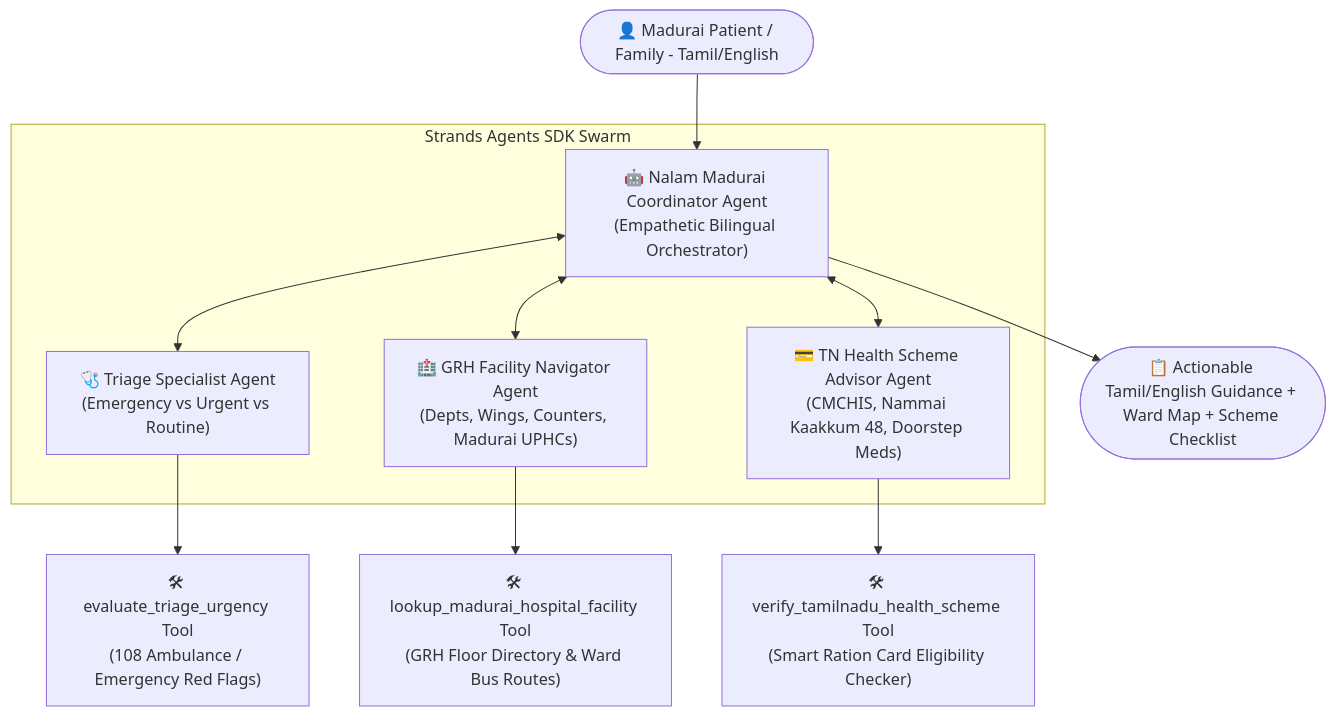
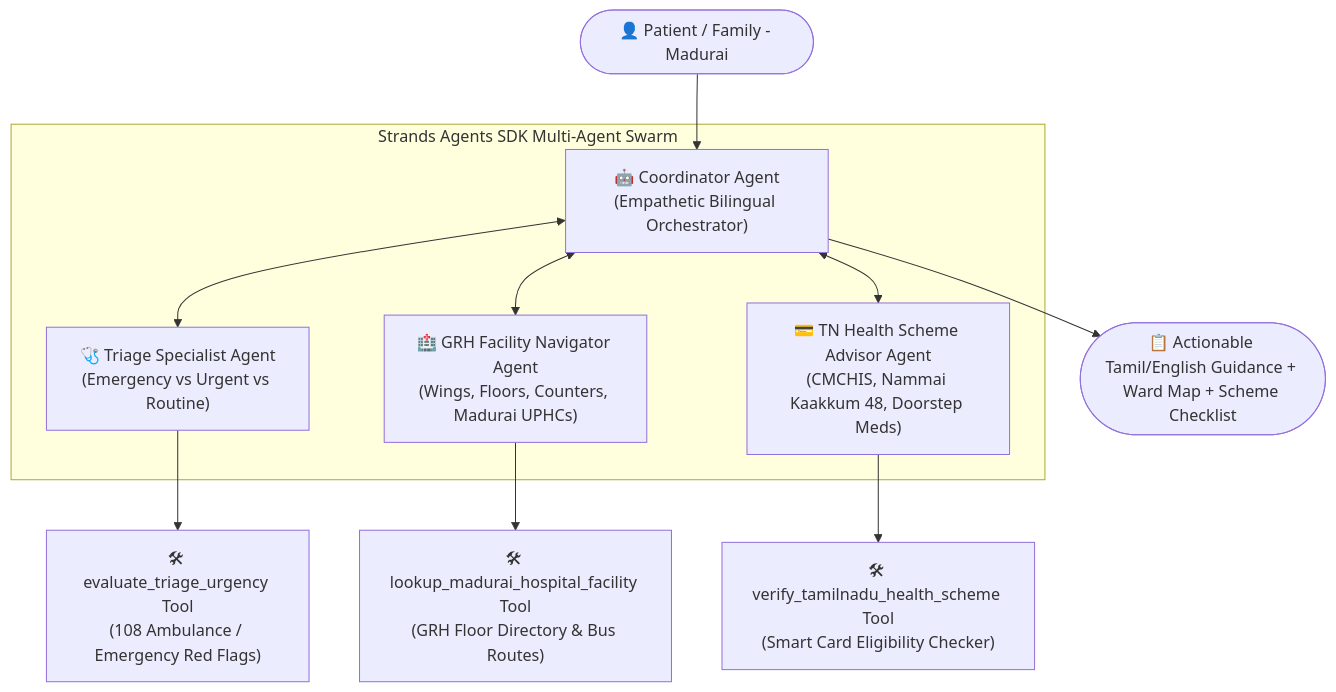
The diagram in README.md (swatiicfai/nalam-madurai), drawn with Mermaid before and after one commit. The commit also changed other lines of this file, not shown here.

````diff
--- a/README.md
+++ b/README.md
@@ -28,16 +40,16 @@
 ```mermaid
 flowchart TD
-    User([👤 Madurai Patient / Family - Tamil/English]) --> Coordinator["🤖 Nalam Madurai Coordinator Agent\n(Empathetic Bilingual Orchestrator)"]
+    User([👤 Patient / Family - Madurai]) --> Coordinator["🤖 Coordinator Agent\n(Empathetic Bilingual Orchestrator)"]
     
-    subgraph Strands Swarm ["Strands Agents SDK Swarm"]
+    subgraph Strands Swarm ["Strands Agents SDK Multi-Agent Swarm"]
         Coordinator <--> TriageAgent["🩺 Triage Specialist Agent\n(Emergency vs Urgent vs Routine)"]
-        Coordinator <--> FacilityAgent["🏥 GRH Facility Navigator Agent\n(Depts, Wings, Counters, Madurai UPHCs)"]
+        Coordinator <--> FacilityAgent["🏥 GRH Facility Navigator Agent\n(Wings, Floors, Counters, Madurai UPHCs)"]
         Coordinator <--> SchemeAgent["💳 TN Health Scheme Advisor Agent\n(CMCHIS, Nammai Kaakkum 48, Doorstep Meds)"]
     end
 
     TriageAgent --> TriageTool["🛠 evaluate_triage_urgency Tool\n(108 Ambulance / Emergency Red Flags)"]
-    FacilityAgent --> FacilityTool["🛠 lookup_madurai_hospital_facility Tool\n(GRH Floor Directory & Ward Bus Routes)"]
-    SchemeAgent --> SchemeTool["🛠 verify_tamilnadu_health_scheme Tool\n(Smart Ration Card Eligibility Checker)"]
+    FacilityAgent --> FacilityTool["🛠 lookup_madurai_hospital_facility Tool\n(GRH Floor Directory & Bus Routes)"]
+    SchemeAgent --> SchemeTool["🛠 verify_tamilnadu_health_scheme Tool\n(Smart Card Eligibility Checker)"]
 
     Coordinator --> Output([📋 Actionable Tamil/English Guidance + Ward Map + Scheme Checklist])
 ```
````
